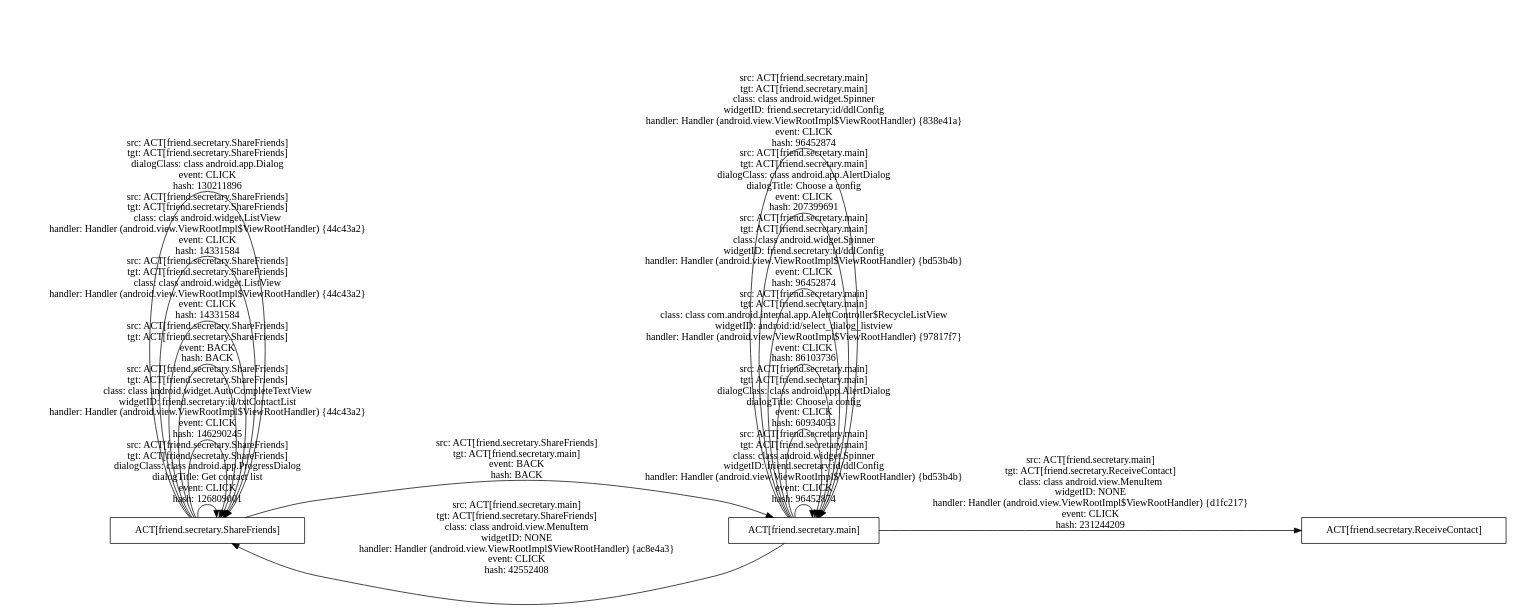
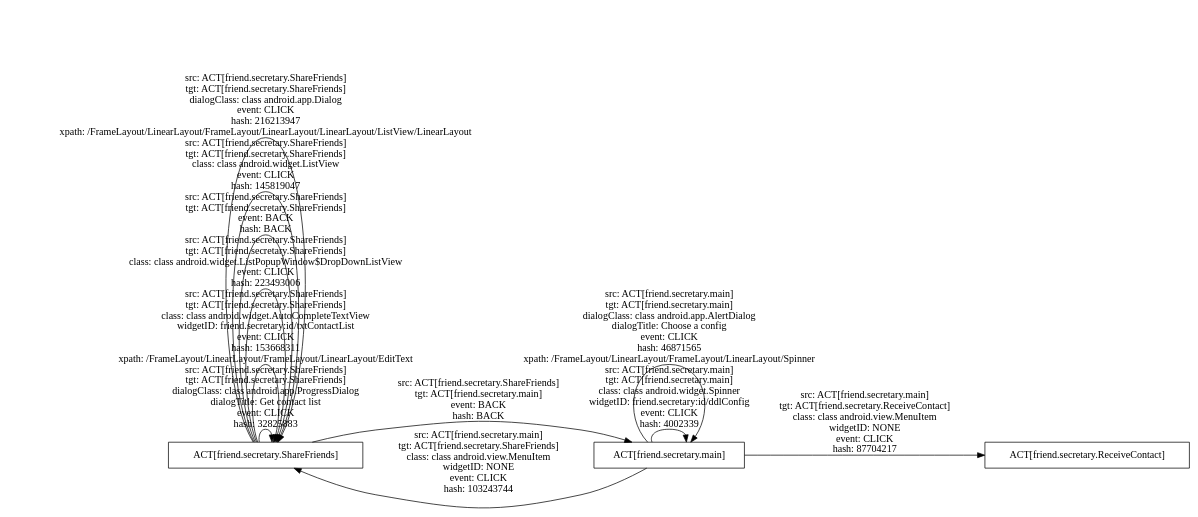
Before and after one commit to HanlinW/XposedConnection: the diagram in result/groundDOT/friend.secretary.dot, drawn with Graphviz. The commit also changed 80 other files, not shown here.

```diff
--- a/result/groundDOT/friend.secretary.dot
+++ b/result/groundDOT/friend.secretary.dot
@@ -1,22 +1,18 @@
 digraph G {
  rankdir=LR;
  node[shape=box];
 n2 [label="ACT[friend.secretary.ShareFriends]"];
 n1 [label="ACT[friend.secretary.ReceiveContact]"];
 n0 [label="ACT[friend.secretary.main]"];
-n0 -> n0 [label="src: ACT[friend.secretary.main]\ntgt: ACT[friend.secretary.main]\nclass: class android.widget.Spinner \nwidgetID: friend.secretary:id/ddlConfig \nhandler: Handler (android.view.ViewRootImpl$ViewRootHandler) {bd53b4b} \nevent: CLICK \nhash: 96452874 "];
-n0 -> n0 [label="src: ACT[friend.secretary.main]\ntgt: ACT[friend.secretary.main]\ndialogClass: class android.app.AlertDialog \ndialogTitle: Choose a config \nevent: CLICK \nhash: 60934053 "];
-n0 -> n0 [label="src: ACT[friend.secretary.main]\ntgt: ACT[friend.secretary.main]\nclass: class com.android.internal.app.AlertController$RecycleListView \nwidgetID: android:id/select_dialog_listview \nhandler: Handler (android.view.ViewRootImpl$ViewRootHandler) {97817f7} \nevent: CLICK \nhash: 86103736 "];
-n0 -> n0 [label="src: ACT[friend.secretary.main]\ntgt: ACT[friend.secretary.main]\nclass: class android.widget.Spinner \nwidgetID: friend.secretary:id/ddlConfig \nhandler: Handler (android.view.ViewRootImpl$ViewRootHandler) {bd53b4b} \nevent: CLICK \nhash: 96452874 "];
-n0 -> n0 [label="src: ACT[friend.secretary.main]\ntgt: ACT[friend.secretary.main]\ndialogClass: class android.app.AlertDialog \ndialogTitle: Choose a config \nevent: CLICK \nhash: 207399691 "];
-n0 -> n1 [label="src: ACT[friend.secretary.main]\ntgt: ACT[friend.secretary.ReceiveContact]\nclass: class android.view.MenuItem \nwidgetID: NONE \nhandler: Handler (android.view.ViewRootImpl$ViewRootHandler) {d1fc217} \nevent: CLICK \nhash: 231244209 "];
-n0 -> n2 [label="src: ACT[friend.secretary.main]\ntgt: ACT[friend.secretary.ShareFriends]\nclass: class android.view.MenuItem \nwidgetID: NONE \nhandler: Handler (android.view.ViewRootImpl$ViewRootHandler) {ac8e4a3} \nevent: CLICK \nhash: 42552408 "];
-n2 -> n2 [label="src: ACT[friend.secretary.ShareFriends]\ntgt: ACT[friend.secretary.ShareFriends]\ndialogClass: class android.app.ProgressDialog \ndialogTitle: Get contact list \nevent: CLICK \nhash: 126809001 "];
-n2 -> n2 [label="src: ACT[friend.secretary.ShareFriends]\ntgt: ACT[friend.secretary.ShareFriends]\nclass: class android.widget.AutoCompleteTextView \nwidgetID: friend.secretary:id/txtContactList \nhandler: Handler (android.view.ViewRootImpl$ViewRootHandler) {44c43a2} \nevent: CLICK \nhash: 146290245 "];
+n0 -> n0 [label="src: ACT[friend.secretary.main]\ntgt: ACT[friend.secretary.main]\nclass: class android.widget.Spinner \nwidgetID: friend.secretary:id/ddlConfig \nevent: CLICK \nhash: 4002339 "];
+n0 -> n0 [label="src: ACT[friend.secretary.main]\ntgt: ACT[friend.secretary.main]\ndialogClass: class android.app.AlertDialog \ndialogTitle: Choose a config \nevent: CLICK \nhash: 46871565 \nxpath: /FrameLayout/LinearLayout/FrameLayout/LinearLayout/Spinner "];
+n0 -> n1 [label="src: ACT[friend.secretary.main]\ntgt: ACT[friend.secretary.ReceiveContact]\nclass: class android.view.MenuItem \nwidgetID: NONE \nevent: CLICK \nhash: 87704217 "];
+n0 -> n2 [label="src: ACT[friend.secretary.main]\ntgt: ACT[friend.secretary.ShareFriends]\nclass: class android.view.MenuItem \nwidgetID: NONE \nevent: CLICK \nhash: 103243744 "];
+n2 -> n2 [label="src: ACT[friend.secretary.ShareFriends]\ntgt: ACT[friend.secretary.ShareFriends]\ndialogClass: class android.app.ProgressDialog \ndialogTitle: Get contact list \nevent: CLICK \nhash: 32825883 "];
+n2 -> n2 [label="src: ACT[friend.secretary.ShareFriends]\ntgt: ACT[friend.secretary.ShareFriends]\nclass: class android.widget.AutoCompleteTextView \nwidgetID: friend.secretary:id/txtContactList \nevent: CLICK \nhash: 153668311 \nxpath: /FrameLayout/LinearLayout/FrameLayout/LinearLayout/EditText "];
+n2 -> n2 [label="src: ACT[friend.secretary.ShareFriends]\ntgt: ACT[friend.secretary.ShareFriends]\nclass: class android.widget.ListPopupWindow$DropDownListView \nevent: CLICK \nhash: 223493006 "];
 n2 -> n2 [label="src: ACT[friend.secretary.ShareFriends]\ntgt: ACT[friend.secretary.ShareFriends]\nevent: BACK \nhash: BACK "];
-n2 -> n2 [label="src: ACT[friend.secretary.ShareFriends]\ntgt: ACT[friend.secretary.ShareFriends]\nclass: class android.widget.ListView \nhandler: Handler (android.view.ViewRootImpl$ViewRootHandler) {44c43a2} \nevent: CLICK \nhash: 14331584 "];
-n2 -> n2 [label="src: ACT[friend.secretary.ShareFriends]\ntgt: ACT[friend.secretary.ShareFriends]\nclass: class android.widget.ListView \nhandler: Handler (android.view.ViewRootImpl$ViewRootHandler) {44c43a2} \nevent: CLICK \nhash: 14331584 "];
-n2 -> n2 [label="src: ACT[friend.secretary.ShareFriends]\ntgt: ACT[friend.secretary.ShareFriends]\ndialogClass: class android.app.Dialog \nevent: CLICK \nhash: 130211896 "];
+n2 -> n2 [label="src: ACT[friend.secretary.ShareFriends]\ntgt: ACT[friend.secretary.ShareFriends]\nclass: class android.widget.ListView \nevent: CLICK \nhash: 145819047 "];
+n2 -> n2 [label="src: ACT[friend.secretary.ShareFriends]\ntgt: ACT[friend.secretary.ShareFriends]\ndialogClass: class android.app.Dialog \nevent: CLICK \nhash: 216213947 \nxpath: /FrameLayout/LinearLayout/FrameLayout/LinearLayout/LinearLayout/ListView/LinearLayout "];
 n2 -> n0 [label="src: ACT[friend.secretary.ShareFriends]\ntgt: ACT[friend.secretary.main]\nevent: BACK \nhash: BACK "];
-n0 -> n0 [label="src: ACT[friend.secretary.main]\ntgt: ACT[friend.secretary.main]\nclass: class android.widget.Spinner \nwidgetID: friend.secretary:id/ddlConfig \nhandler: Handler (android.view.ViewRootImpl$ViewRootHandler) {838e41a} \nevent: CLICK \nhash: 96452874 "];
 }
```
